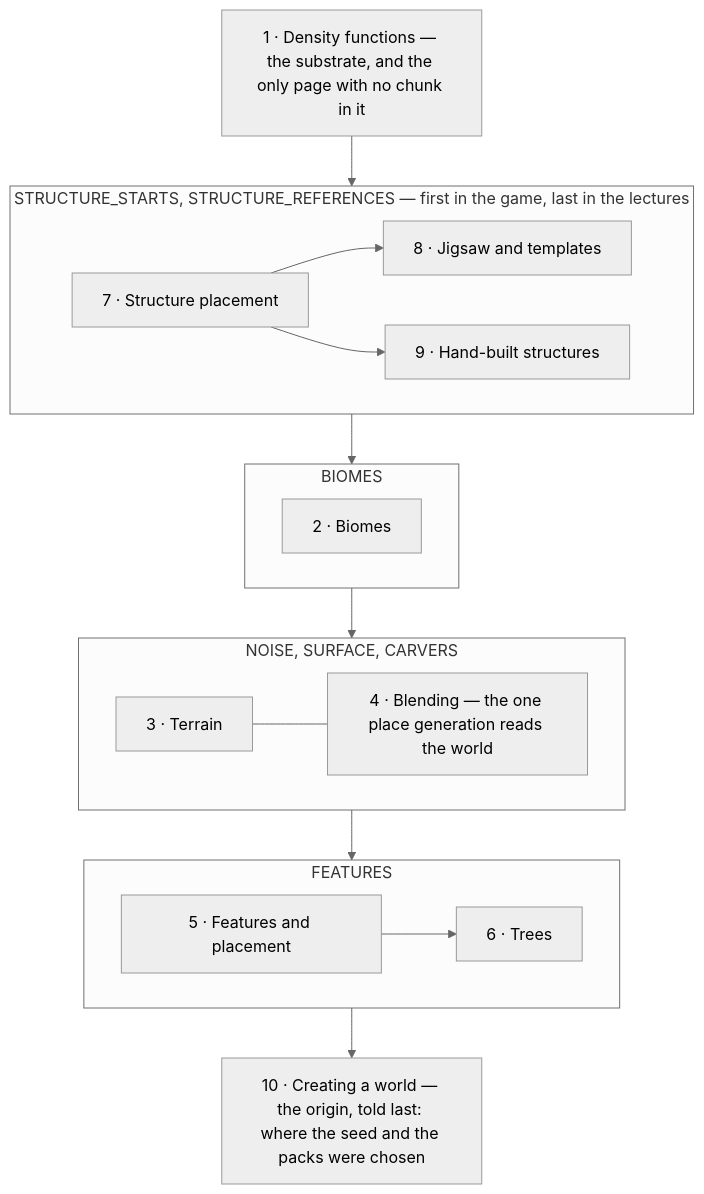
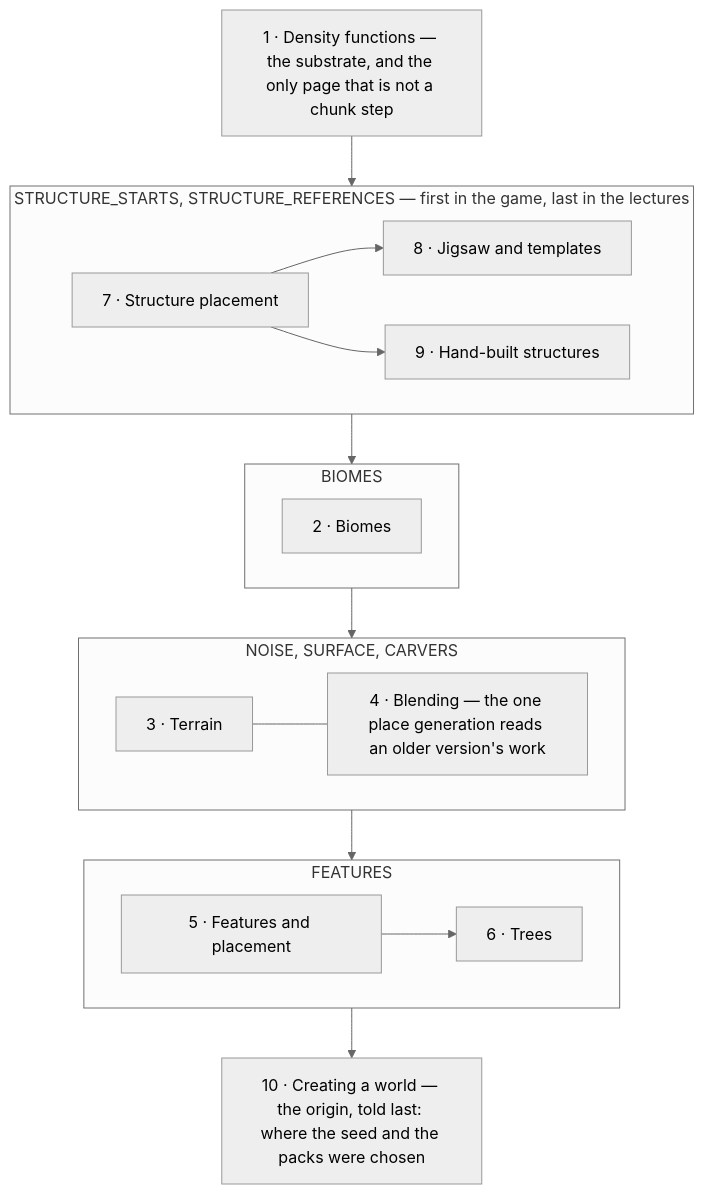
One commit to AlexanderjFraser/MinecraftDocs changed the diagram in src/systems/worldgen/README.md. Above: the diagram before and after it, drawn with Mermaid (neutral theme). The commit also changed other lines of this file and 1 other file, not shown here.

````diff
--- a/src/systems/worldgen/README.md
+++ b/src/systems/worldgen/README.md
@@ -33,24 +39,24 @@
 ```mermaid
 flowchart TB
-    DF["1 · Density functions — the substrate, and the only page with no chunk in it"]
+    DF["1 · Density functions — the substrate, and the only page that is not a chunk step"]
     DF --> SS
     subgraph SS["STRUCTURE_STARTS, STRUCTURE_REFERENCES — first in the game, last in the lectures"]
         direction LR
         S6["7 · Structure placement"] --> S7["8 · Jigsaw and templates"]
         S6 --> S8["9 · Hand-built structures"]
     end
     SS --> BI
     subgraph BI["BIOMES"]
         L2["2 · Biomes"]
     end
     BI --> NO
     subgraph NO["NOISE, SURFACE, CARVERS"]
-        L3["3 · Terrain"] --- L3b["4 · Blending — the one place generation reads the world"]
+        L3["3 · Terrain"] --- L3b["4 · Blending — the one place generation reads an older version's work"]
     end
     NO --> FE
     subgraph FE["FEATURES"]
         direction LR
         L4["5 · Features and placement"] --> L5["6 · Trees"]
     end
     FE --> CW["10 · Creating a world — the origin, told last: where the seed and the packs were chosen"]
 ```
````
